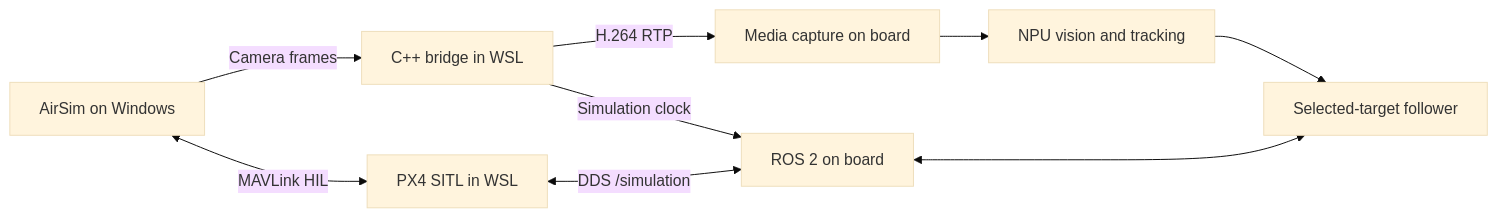
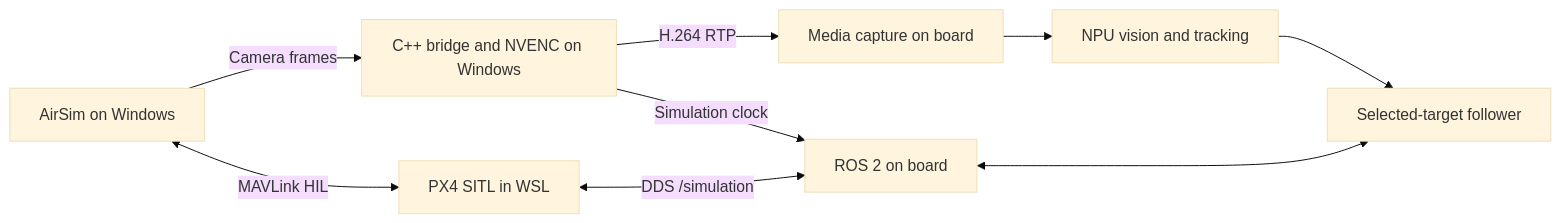
The diagram in README.md (Swamy-BV/raven-simulation), drawn with Mermaid (base theme) before and after one commit. The commit also changed other lines of this file and 36 other files, not shown here.

````diff
--- a/README.md
+++ b/README.md
@@ -5,11 +5,11 @@
 ```mermaid
 flowchart LR
     AirSim[AirSim on Windows] <-->|MAVLink HIL| PX4[PX4 SITL in WSL]
-    AirSim -->|Camera frames| Bridge[C++ bridge in WSL]
+    AirSim -->|Camera frames| Bridge[C++ bridge and NVENC on Windows]
     Bridge -->|H.264 RTP| Media[Media capture on board]
     Bridge -->|Simulation clock| ROS[ROS 2 on board]
     Media --> Vision[NPU vision and tracking]
     Vision --> Follower[Selected-target follower]
     PX4 <-->|DDS /simulation| ROS
     ROS <--> Follower
 ```
````
